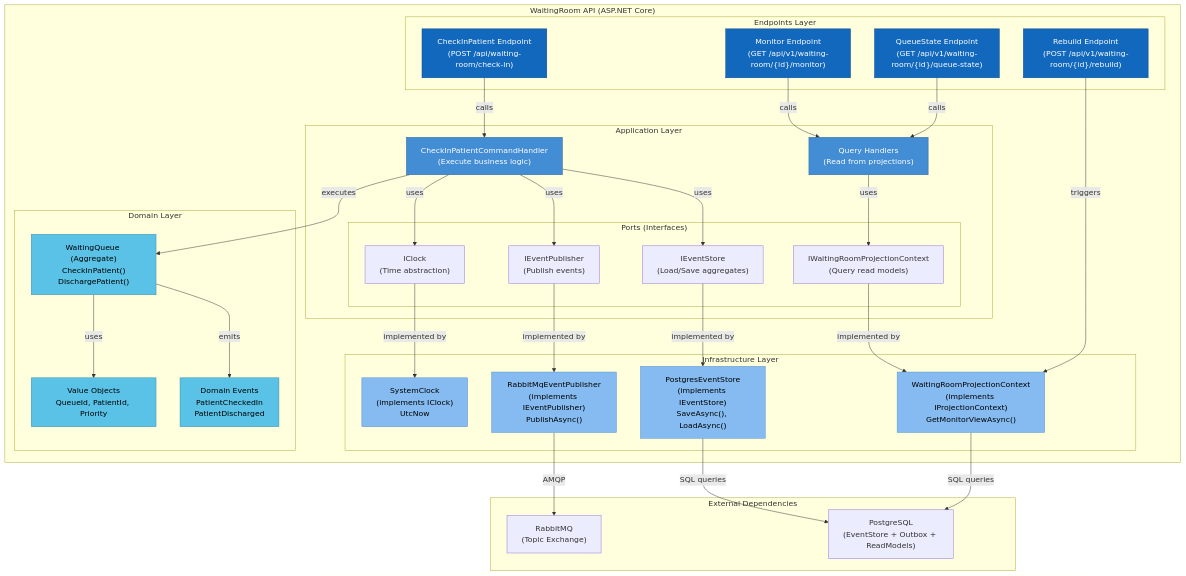
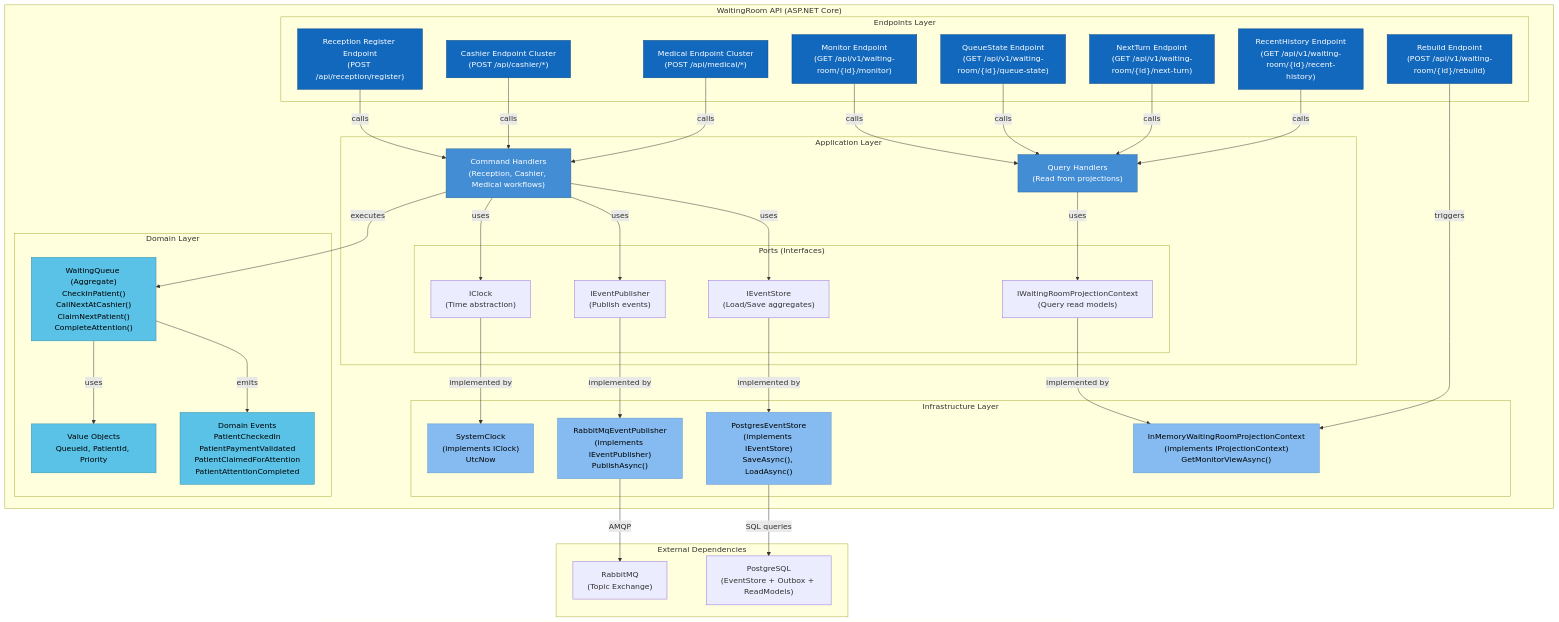
The third of 7 diagrams in docs/architecture/c4-diagrams.md (leopcaraballo/rlapp-backend), drawn with Mermaid before and after one commit. The commit also changed other lines of this file and 101 other files, not shown here.

Commit message:
feat: containerize API/worker and align waiting-room workflow docs/tests

```diff
--- a/docs/architecture/c4-diagrams.md
+++ b/docs/architecture/c4-diagrams.md
@@ -178,14 +181,18 @@
 graph TB
     subgraph "WaitingRoom API (ASP.NET Core)"
         subgraph "Endpoints Layer"
-            CheckInEndpoint["CheckInPatient Endpoint<br/>(POST /api/waiting-room/check-in)"]
+            CheckInEndpoint["Reception Register Endpoint<br/>(POST /api/reception/register)"]
+            CashierEndpoint["Cashier Endpoint Cluster<br/>(POST /api/cashier/*)"]
+            MedicalEndpoint["Medical Endpoint Cluster<br/>(POST /api/medical/*)"]
             MonitorEndpoint["Monitor Endpoint<br/>(GET /api/v1/waiting-room/{id}/monitor)"]
             QueueStateEndpoint["QueueState Endpoint<br/>(GET /api/v1/waiting-room/{id}/queue-state)"]
+            NextTurnEndpoint["NextTurn Endpoint<br/>(GET /api/v1/waiting-room/{id}/next-turn)"]
+            HistoryEndpoint["RecentHistory Endpoint<br/>(GET /api/v1/waiting-room/{id}/recent-history)"]
             RebuildEndpoint["Rebuild Endpoint<br/>(POST /api/v1/waiting-room/{id}/rebuild)"]
         end
 
         subgraph "Application Layer"
-            CheckInHandler["CheckInPatientCommandHandler<br/>(Execute business logic)"]
+            CommandHandlers["Command Handlers<br/>(Reception, Cashier, Medical workflows)"]
             QueryHandler["Query Handlers<br/>(Read from projections)"]
 
             subgraph "Ports (Interfaces)"
@@ -197,8 +204,8 @@
         end
 
         subgraph "Domain Layer"
-            WaitingQueue["WaitingQueue (Aggregate)<br/>CheckInPatient()<br/>DischargePatient()"]
-            DomainEvents["Domain Events<br/>PatientCheckedIn<br/>PatientDischarged"]
+            WaitingQueue["WaitingQueue (Aggregate)<br/>CheckInPatient()<br/>CallNextAtCashier()<br/>ClaimNextPatient()<br/>CompleteAttention()"]
+            DomainEvents["Domain Events<br/>PatientCheckedIn<br/>PatientPaymentValidated<br/>PatientClaimedForAttention<br/>PatientAttentionCompleted"]
             ValueObjects["Value Objects<br/>QueueId, PatientId, Priority"]
         end
 
@@ -206,7 +213,7 @@
             PostgresEventStore["PostgresEventStore<br/>(implements IEventStore)<br/>SaveAsync(), LoadAsync()"]
             RabbitMqPublisher["RabbitMqEventPublisher<br/>(implements IEventPublisher)<br/>PublishAsync()"]
             SystemClock["SystemClock<br/>(implements IClock)<br/>UtcNow"]
-            ProjectionContext["WaitingRoomProjectionContext<br/>(implements IProjectionContext)<br/>GetMonitorViewAsync()"]
+            ProjectionContext["InMemoryWaitingRoomProjectionContext<br/>(implements IProjectionContext)<br/>GetMonitorViewAsync()"]
         end
     end
 
@@ -215,15 +222,19 @@
         MQ["RabbitMQ<br/>(Topic Exchange)"]
     end
 
-    CheckInEndpoint -->|"calls"| CheckInHandler
+    CheckInEndpoint -->|"calls"| CommandHandlers
+    CashierEndpoint -->|"calls"| CommandHandlers
+    MedicalEndpoint -->|"calls"| CommandHandlers
     MonitorEndpoint -->|"calls"| QueryHandler
     QueueStateEndpoint -->|"calls"| QueryHandler
+    NextTurnEndpoint -->|"calls"| QueryHandler
+    HistoryEndpoint -->|"calls"| QueryHandler
     RebuildEndpoint -->|"triggers"| ProjectionContext
 
-    CheckInHandler -->|"uses"| IEventStore
-    CheckInHandler -->|"uses"| IEventPublisher
-    CheckInHandler -->|"uses"| IClock
-    CheckInHandler -->|"executes"| WaitingQueue
+    CommandHandlers -->|"uses"| IEventStore
+    CommandHandlers -->|"uses"| IEventPublisher
+    CommandHandlers -->|"uses"| IClock
+    CommandHandlers -->|"executes"| WaitingQueue
 
     QueryHandler -->|"uses"| IProjectionContext
 
@@ -237,14 +248,17 @@
 
     PostgresEventStore -->|"SQL queries"| DB
     RabbitMqPublisher -->|"AMQP"| MQ
-    ProjectionContext -->|"SQL queries"| DB
 
     style CheckInEndpoint fill:#1168bd,stroke:#0b4884,color:#ffffff
+    style CashierEndpoint fill:#1168bd,stroke:#0b4884,color:#ffffff
+    style MedicalEndpoint fill:#1168bd,stroke:#0b4884,color:#ffffff
     style MonitorEndpoint fill:#1168bd,stroke:#0b4884,color:#ffffff
     style QueueStateEndpoint fill:#1168bd,stroke:#0b4884,color:#ffffff
+    style NextTurnEndpoint fill:#1168bd,stroke:#0b4884,color:#ffffff
+    style HistoryEndpoint fill:#1168bd,stroke:#0b4884,color:#ffffff
     style RebuildEndpoint fill:#1168bd,stroke:#0b4884,color:#ffffff
 
-    style CheckInHandler fill:#438dd5,stroke:#2e6295,color:#ffffff
+    style CommandHandlers fill:#438dd5,stroke:#2e6295,color:#ffffff
     style QueryHandler fill:#438dd5,stroke:#2e6295,color:#ffffff
 
     style WaitingQueue fill:#59c2e6,stroke:#3d8ea3,color:#000000
```
